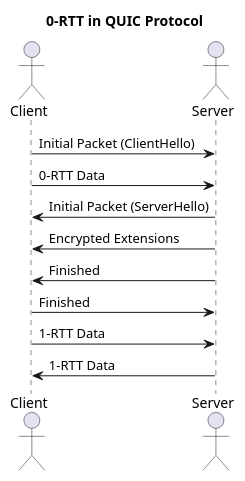
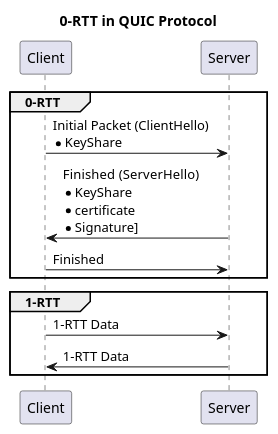
One commit to vicctor/http3-client-tests changed the diagram in doc/0-rtt.puml. Above: the diagram before and after it, drawn with PlantUML. The commit also changed 8 other files, not shown here.

```diff
--- a/doc/0-rtt.puml
+++ b/doc/0-rtt.puml
@@ -1,20 +1,17 @@
 @startuml
 title 0-RTT in QUIC Protocol
 
-actor Client
-actor Server
+participant Client
+participant Server
 
-' This diagram represents the initial communication between the Client and Server.
-' The Client sends an Initial Packet containing the ClientHello message.
-' The ClientHello message includes data such as the client's supported cryptographic algorithms,
-' session resumption information, and other parameters necessary to establish a secure connection.
-Client -> Server: Initial Packet (ClientHello)
-Client -> Server: 0-RTT Data
-Server -> Client: Initial Packet (ServerHello)
-Server -> Client: Encrypted Extensions
-Server -> Client: Finished
+group 0-RTT
+Client -> Server: Initial Packet (ClientHello) \n*KeyShare
+Server -> Client: Finished  (ServerHello)\n*KeyShare\n*certificate\n*Signature]
 Client -> Server: Finished
+end
+group 1-RTT
 Client -> Server: 1-RTT Data
 Server -> Client: 1-RTT Data
+end
 
 @enduml
```
